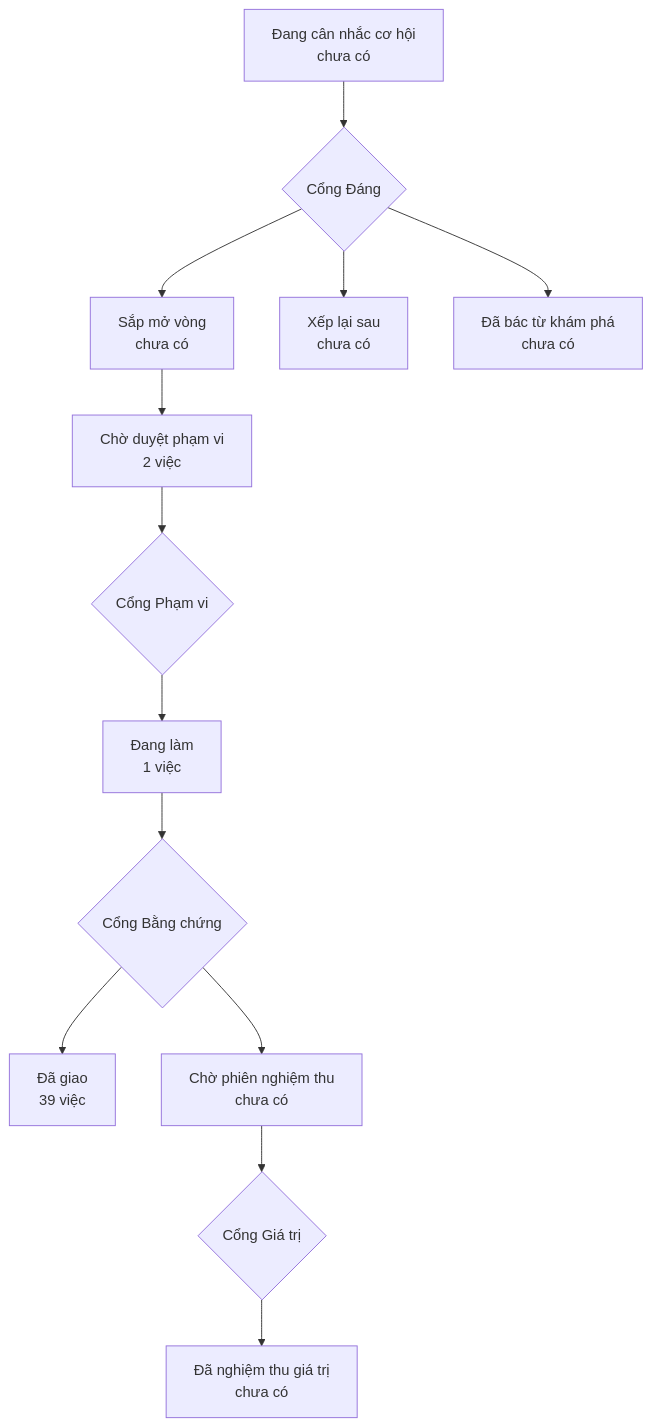
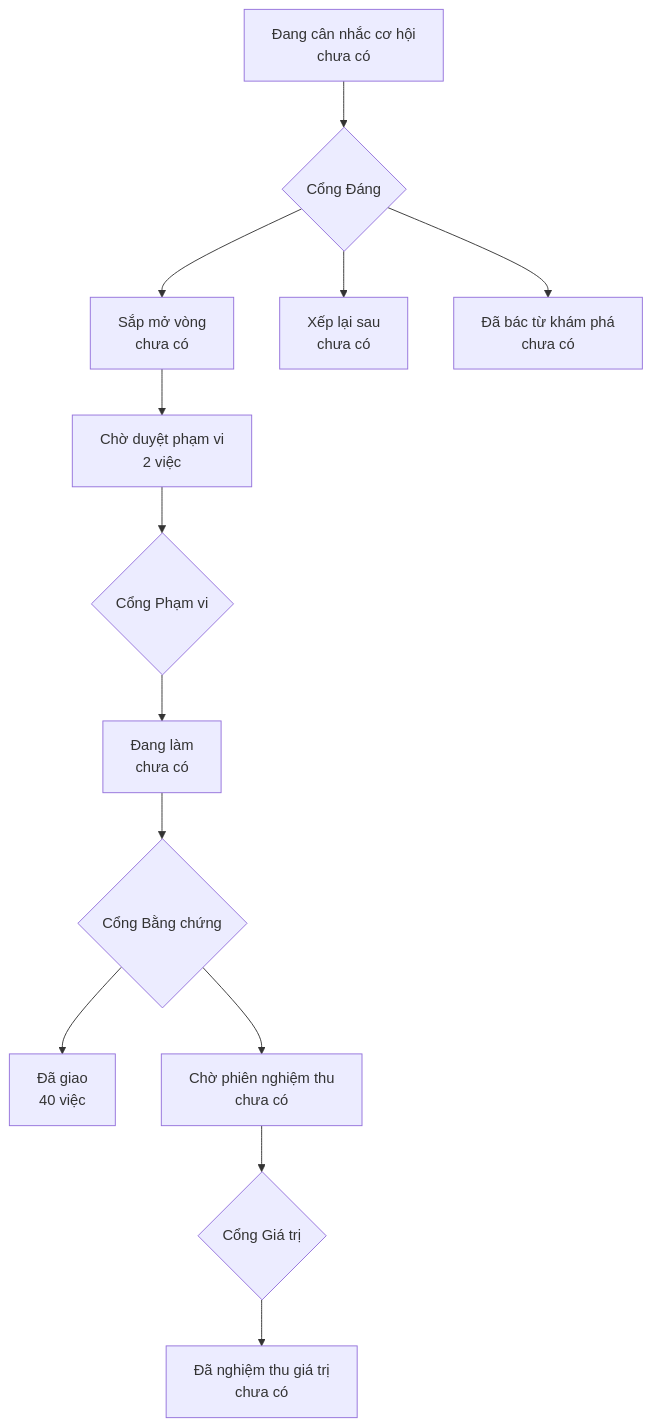
Before and after one commit to phanlemanh/acceptance-gate-kit: the diagram in PRODUCT-MAP.md, drawn with Mermaid. The commit also changed other lines of this file, not shown here.

Commit message:
chore: vẽ lại bản đồ sản phẩm sau chữ ký Cổng 2 của doi-hanh-vi-cong-nguoi
CI bắt đúng: commit chữ ký đổi trạng thái hồ sơ (verified → signed-off) nên
bản đồ lệch theo, mà bản đồ được vẽ TRƯỚC khi ký. Nếp đúng là vẽ lại cùng
lượt với chữ ký — chính cấu hình kho đã cảnh báo lớp này (ADR 0007).
Bản đồ nằm trong t1_skip_globs nên không làm bằng chứng stale.

````diff
--- a/PRODUCT-MAP.md
+++ b/PRODUCT-MAP.md
@@ -6,12 +6,12 @@
 ```mermaid
 flowchart TD
   A["Đang cân nhắc cơ hội<br/>chưa có"] --> GD{"Cổng Đáng"}
   GD --> B["Sắp mở vòng<br/>chưa có"]
   GD --> XL["Xếp lại sau<br/>chưa có"]
   GD --> DB["Đã bác từ khám phá<br/>chưa có"]
   B --> CD["Chờ duyệt phạm vi<br/>2 việc"] --> GP{"Cổng Phạm vi"}
-  GP --> DL["Đang làm<br/>1 việc"] --> GB{"Cổng Bằng chứng"}
-  GB --> DG["Đã giao<br/>39 việc"]
+  GP --> DL["Đang làm<br/>chưa có"] --> GB{"Cổng Bằng chứng"}
+  GB --> DG["Đã giao<br/>40 việc"]
   GB --> CN["Chờ phiên nghiệm thu<br/>chưa có"] --> GG{"Cổng Giá trị"}
   GG --> NT["Đã nghiệm thu giá trị<br/>chưa có"]
 ```
````
